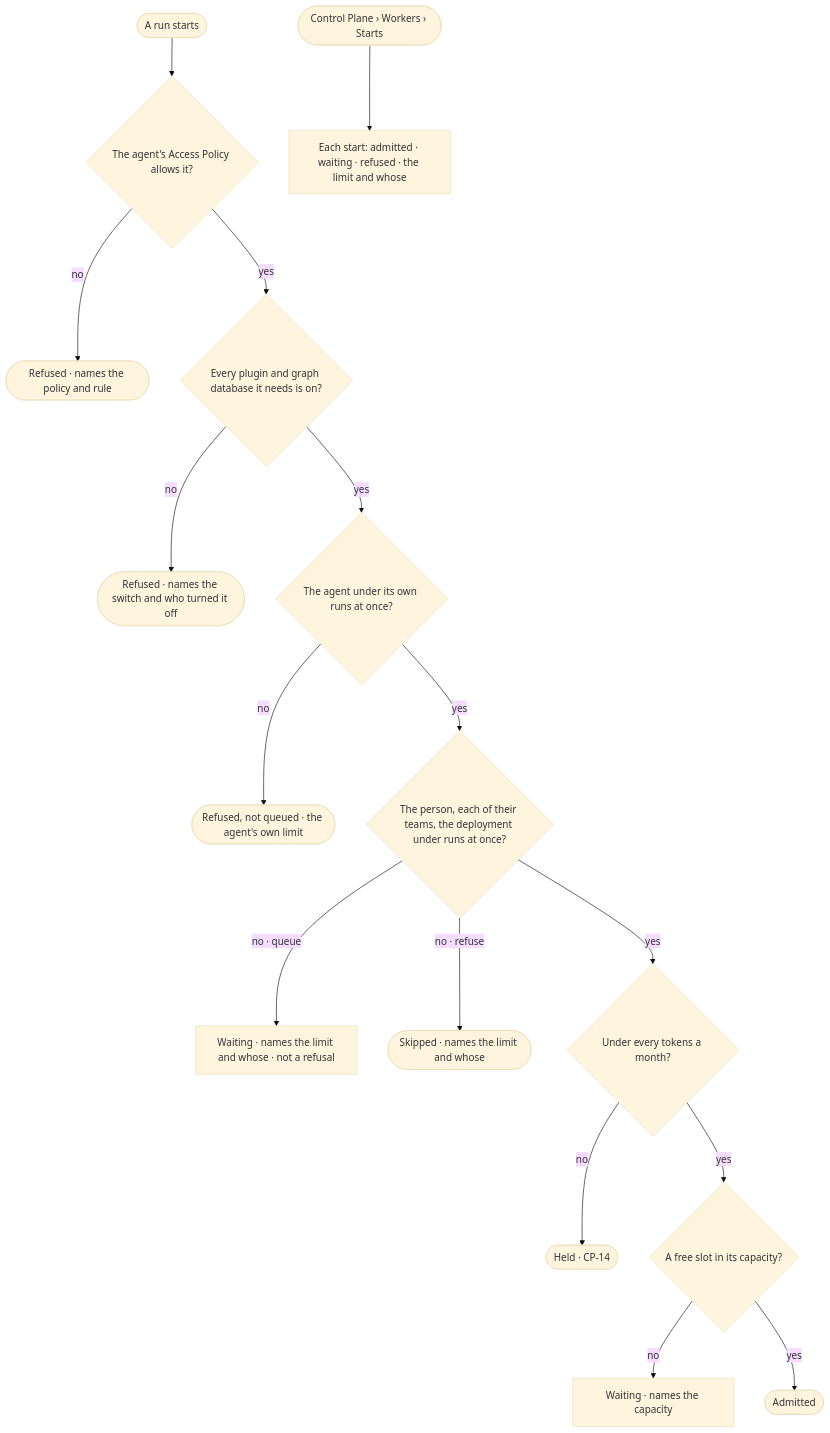
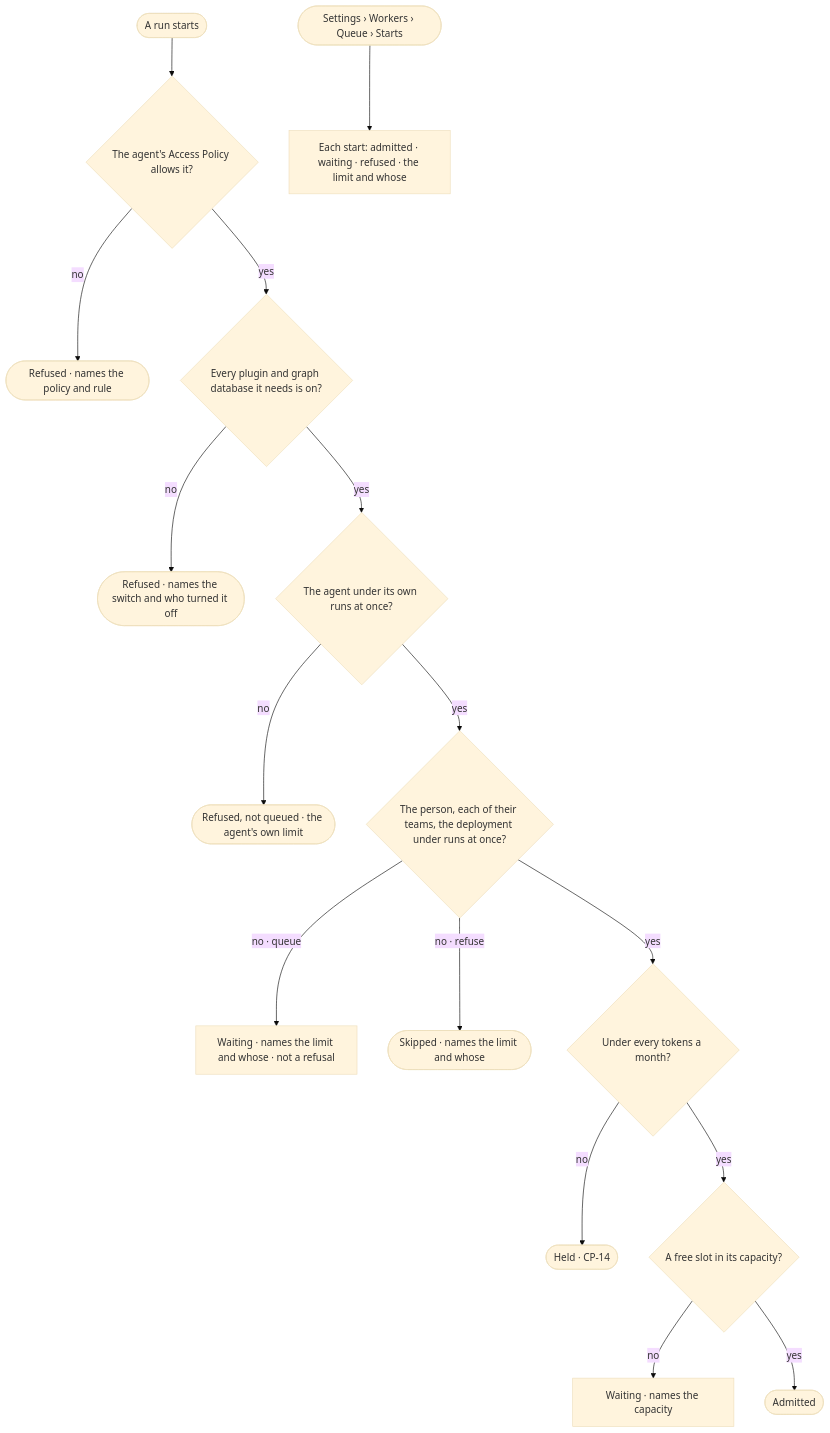
One commit to invana/invana changed the diagram in specs/os/control/features/CP-F04-limits/stories/CP-12-see-why-a-run-started-waits-or-was-refused/story.md. Above: the diagram before and after it, drawn with Mermaid (base theme). The commit also changed other lines of this file and 456 other files, not shown here.

````diff
--- a/specs/os/control/features/CP-F04-limits/stories/CP-12-see-why-a-run-started-waits-or-was-refused/story.md
+++ b/specs/os/control/features/CP-F04-limits/stories/CP-12-see-why-a-run-started-waits-or-was-refused/story.md
@@ -26,18 +26,18 @@
 ```mermaid
 flowchart TD
   st([A run starts]) --> pol{"The agent's Access Policy allows it?"}
   pol -->|no| r1(["Refused · names the policy and rule"])
   pol -->|yes| sw{"Every plugin and graph database it needs is on?"}
   sw -->|no| r2(["Refused · names the switch and who turned it off"])
   sw -->|yes| ag{"The agent under its own runs at once?"}
   ag -->|no| r3(["Refused, not queued · the agent's own limit"])
   ag -->|yes| lim{"The person, each of their teams, the deployment under runs at once?"}
   lim -->|no · queue| w["Waiting · names the limit and whose · not a refusal"]
   lim -->|no · refuse| sk(["Skipped · names the limit and whose"])
   lim -->|yes| tok{"Under every tokens a month?"}
   tok -->|no| h(["Held · CP-14"])
   tok -->|yes| cap{"A free slot in its capacity?"}
   cap -->|no| pw["Waiting · names the capacity"]
   cap -->|yes| in(["Admitted"])
-  s([Control Plane › Workers › Starts]) --> list["Each start: admitted · waiting · refused · the limit and whose"]
+  s([Settings › Workers › Queue › Starts]) --> list["Each start: admitted · waiting · refused · the limit and whose"]
 ```
````
